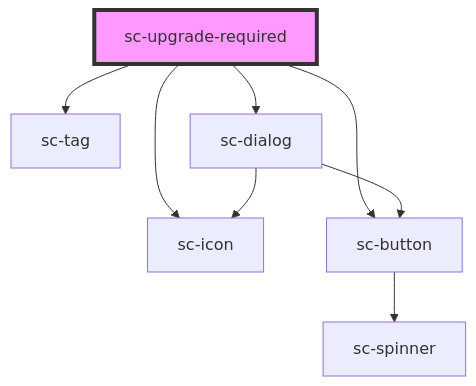
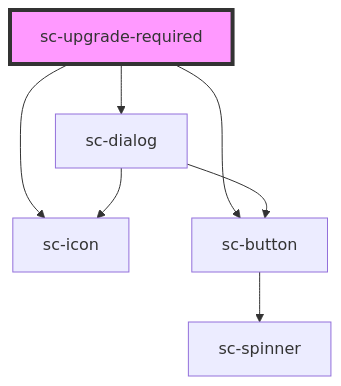
The diagram in packages/components/src/components/ui/sc-upgrade-required/readme.md (surecart/surecart-wp-plugin), drawn with Mermaid before and after one commit. The commit also changed other lines of this file and 10 other files, not shown here.

````diff
--- a/packages/components/src/components/ui/sc-upgrade-required/readme.md
+++ b/packages/components/src/components/ui/sc-upgrade-required/readme.md
@@ -25,11 +25,10 @@
 ```mermaid
 graph TD;
-  sc-upgrade-required --> sc-tag
   sc-upgrade-required --> sc-dialog
   sc-upgrade-required --> sc-icon
   sc-upgrade-required --> sc-button
   sc-dialog --> sc-button
   sc-dialog --> sc-icon
   sc-button --> sc-spinner
   style sc-upgrade-required fill:#f9f,stroke:#333,stroke-width:4px
 ```
````
